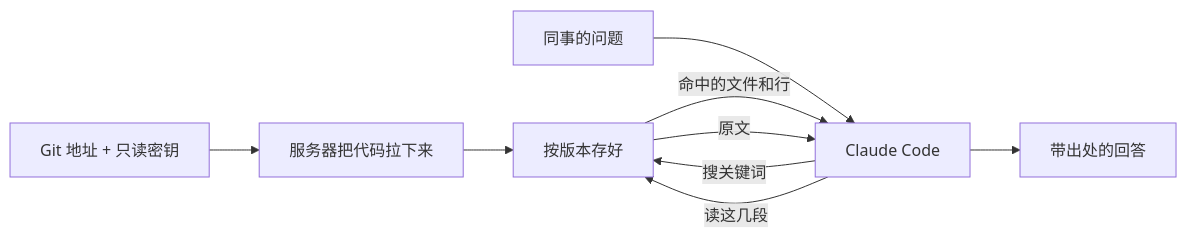
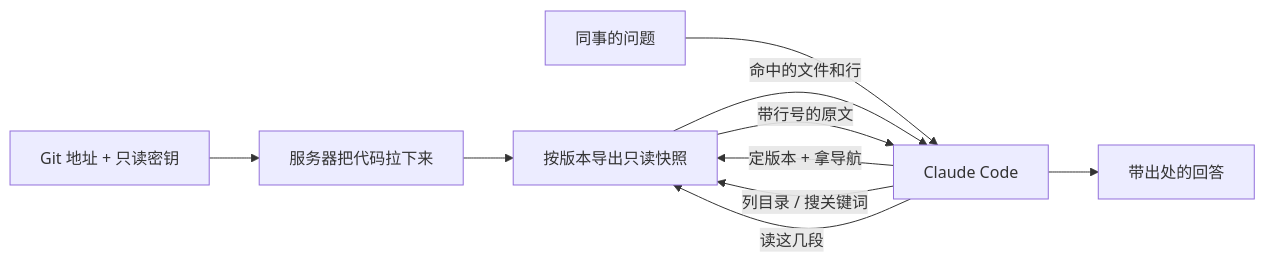
Before and after one commit to Sam-BIGUncle/AI_agent: the first of 2 diagrams in docs/ai-native-design-v3/10-代码查询-原理与设计.md, drawn with Mermaid. The commit also changed other lines of this file, not shown here.

````diff
--- a/docs/ai-native-design-v3/10-代码查询-原理与设计.md
+++ b/docs/ai-native-design-v3/10-代码查询-原理与设计.md
@@ -22,11 +22,12 @@
 ```mermaid
 flowchart LR
   G["Git 地址 + 只读密钥"] --> S["服务器把代码拉下来"]
-  S --> V["按版本存好"]
+  S --> V["按版本导出只读快照"]
   Q["同事的问题"] --> A["Claude Code"]
-  A -->|"搜关键词"| V
+  A -->|"定版本 + 拿导航"| V
+  A -->|"列目录 / 搜关键词"| V
   V -->|"命中的文件和行"| A
   A -->|"读这几段"| V
-  V -->|"原文"| A
+  V -->|"带行号的原文"| A
   A --> R["带出处的回答"]
 ```
````
